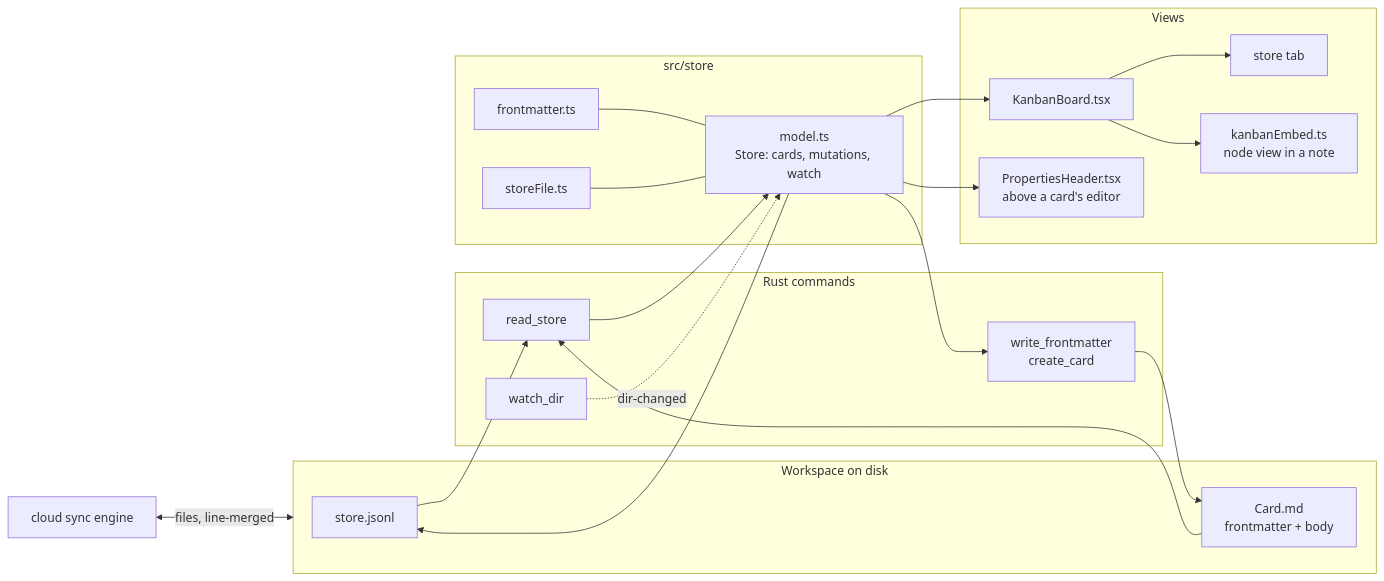
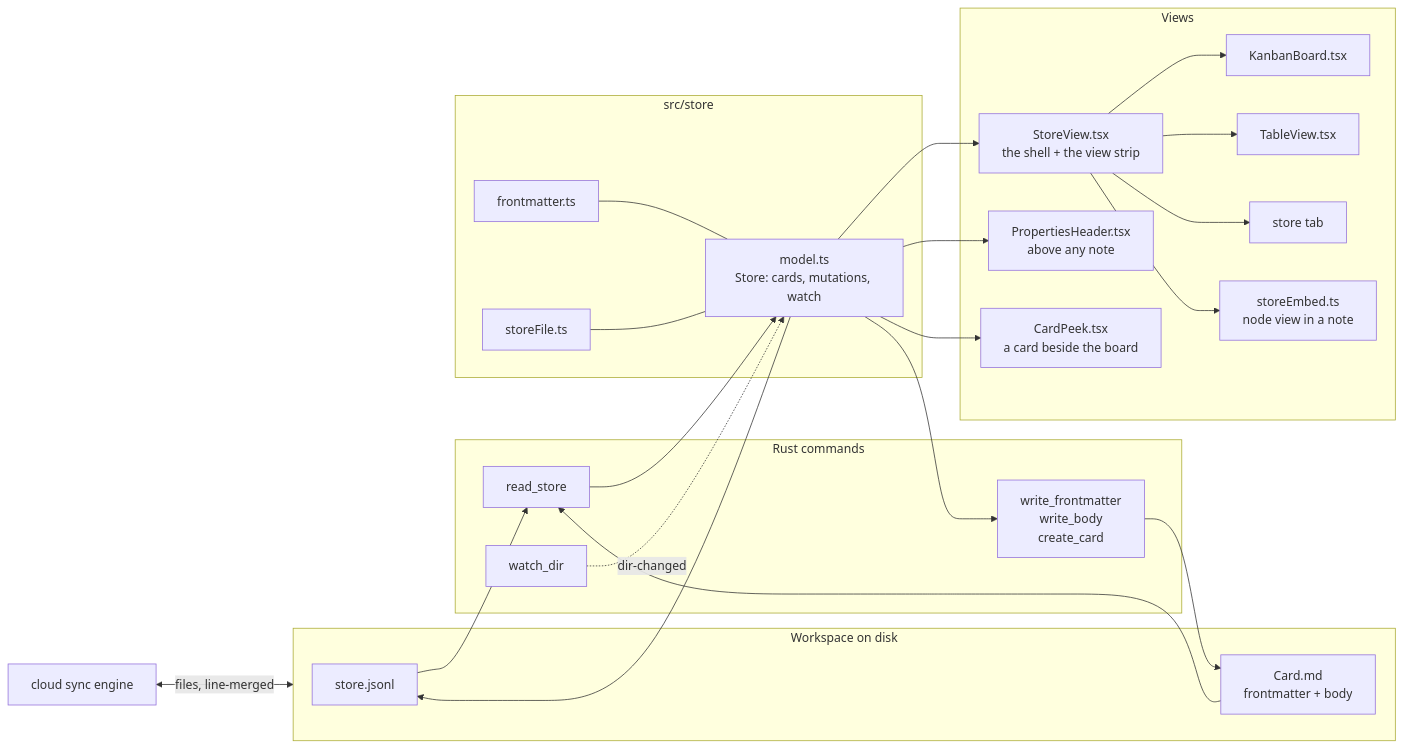
One commit to boat-builder/doklin changed the diagram in docs/datastores-kanban.md. Above: the diagram before and after it, drawn with Mermaid. The commit also changed other lines of this file and 32 other files, not shown here.

First line of the commit message:
feat(datastores): a second view, and properties everywhere — phase 4

````diff
--- a/docs/datastores-kanban.md
+++ b/docs/datastores-kanban.md
@@ -416,36 +518,42 @@
 ```mermaid
 flowchart LR
   subgraph disk [Workspace on disk]
     SJ[store.jsonl]
     C1[Card.md<br/>frontmatter + body]
   end
   subgraph rust [Rust commands]
     RS[read_store]
-    WF[write_frontmatter<br/>create_card]
+    WF[write_frontmatter<br/>write_body<br/>create_card]
     WD[watch_dir]
   end
   subgraph model [src/store]
     FM[frontmatter.ts]
     SF[storeFile.ts]
     M[model.ts<br/>Store: cards, mutations, watch]
   end
   subgraph views [Views]
+    SV[StoreView.tsx<br/>the shell + the view strip]
     KB[KanbanBoard.tsx]
+    TV[TableView.tsx]
     TAB[store tab]
-    EMB[kanbanEmbed.ts<br/>node view in a note]
-    PH[PropertiesHeader.tsx<br/>above a card's editor]
+    EMB[storeEmbed.ts<br/>node view in a note]
+    PH[PropertiesHeader.tsx<br/>above any note]
+    PK[CardPeek.tsx<br/>a card beside the board]
   end
   SJ --> RS
   C1 --> RS
   RS --> M
   M --> WF --> C1
   M --> SJ
   WD -. dir-changed .-> M
   FM --- M
   SF --- M
-  M --> KB
-  KB --> TAB
-  KB --> EMB
+  M --> SV
+  SV --> KB
+  SV --> TV
+  SV --> TAB
+  SV --> EMB
   M --> PH
+  M --> PK
   SYNC[cloud sync engine] <-- files, line-merged --> disk
 ```
````
